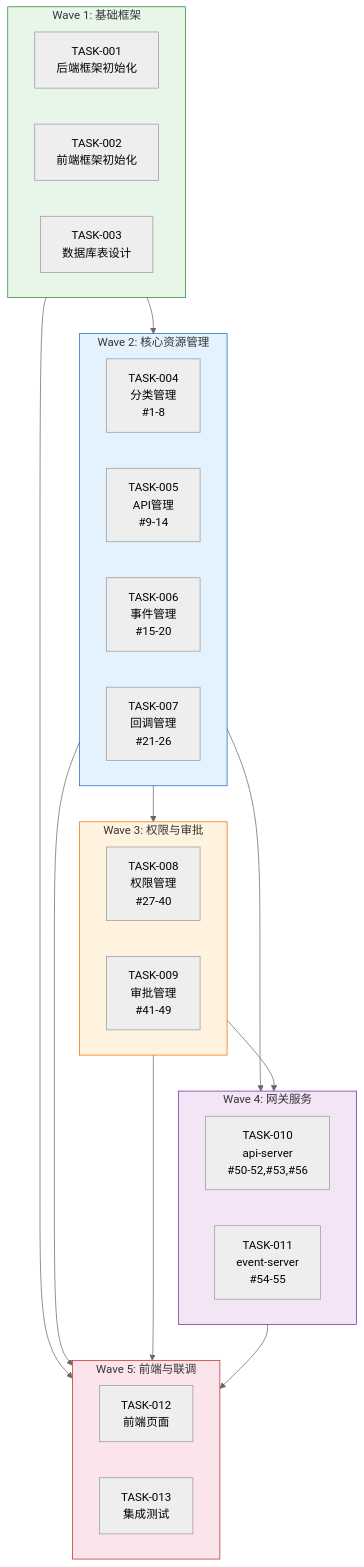
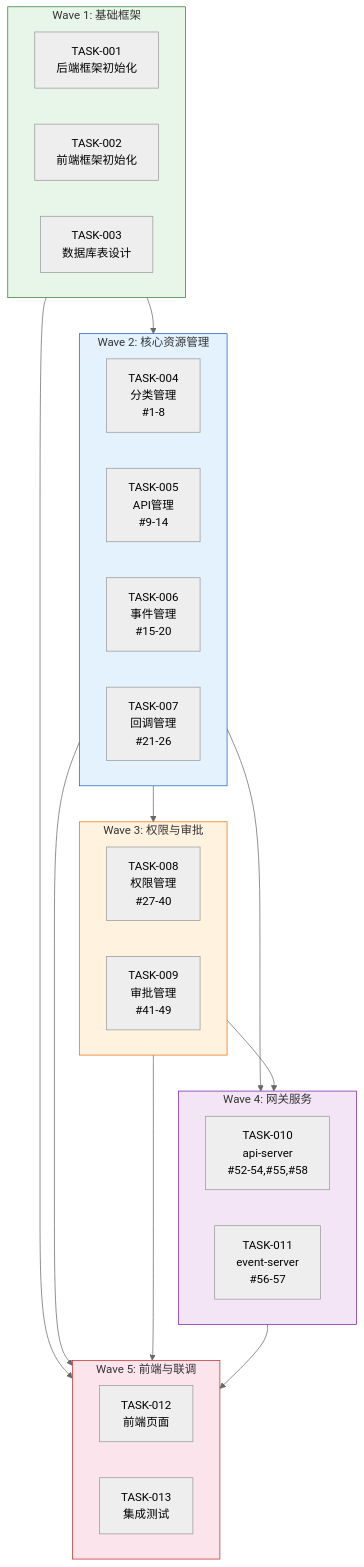
One commit to THZSummer/open-app changed the first of 2 diagrams in .sddu/specs-tree-root/specs-tree-capability-open-platform/tasks.md. Above: the diagram before and after it, drawn with Mermaid (neutral theme). The commit also changed other lines of this file and 1 other file, not shown here.

````diff
--- a/.sddu/specs-tree-root/specs-tree-capability-open-platform/tasks.md
+++ b/.sddu/specs-tree-root/specs-tree-capability-open-platform/tasks.md
@@ -27,45 +27,45 @@
 ```mermaid
 graph TB
     subgraph Wave1["Wave 1: 基础框架"]
         T1["TASK-001<br/>后端框架初始化"]
         T2["TASK-002<br/>前端框架初始化"]
         T3["TASK-003<br/>数据库表设计"]
     end
     
     subgraph Wave2["Wave 2: 核心资源管理"]
         T4["TASK-004<br/>分类管理<br/>#1-8"]
         T5["TASK-005<br/>API管理<br/>#9-14"]
         T6["TASK-006<br/>事件管理<br/>#15-20"]
         T7["TASK-007<br/>回调管理<br/>#21-26"]
     end
     
     subgraph Wave3["Wave 3: 权限与审批"]
         T8["TASK-008<br/>权限管理<br/>#27-40"]
         T9["TASK-009<br/>审批管理<br/>#41-49"]
     end
     
     subgraph Wave4["Wave 4: 网关服务"]
-        T10["TASK-010<br/>api-server<br/>#50-52,#53,#56"]
-        T11["TASK-011<br/>event-server<br/>#54-55"]
+        T10["TASK-010<br/>api-server<br/>#52-54,#55,#58"]
+        T11["TASK-011<br/>event-server<br/>#56-57"]
     end
     
     subgraph Wave5["Wave 5: 前端与联调"]
         T12["TASK-012<br/>前端页面"]
         T13["TASK-013<br/>集成测试"]
     end
     
     Wave1 --> Wave2
     Wave2 --> Wave3
     Wave2 --> Wave4
     Wave3 --> Wave4
     Wave1 --> Wave5
     Wave2 --> Wave5
     Wave3 --> Wave5
     Wave4 --> Wave5
     
     style Wave1 fill:#e8f5e9,stroke:#2e7d32
     style Wave2 fill:#e3f2fd,stroke:#1565c0
     style Wave3 fill:#fff3e0,stroke:#ef6c00
     style Wave4 fill:#f3e5f5,stroke:#7b1fa2
     style Wave5 fill:#fce4ec,stroke:#c62828
 ```
````
